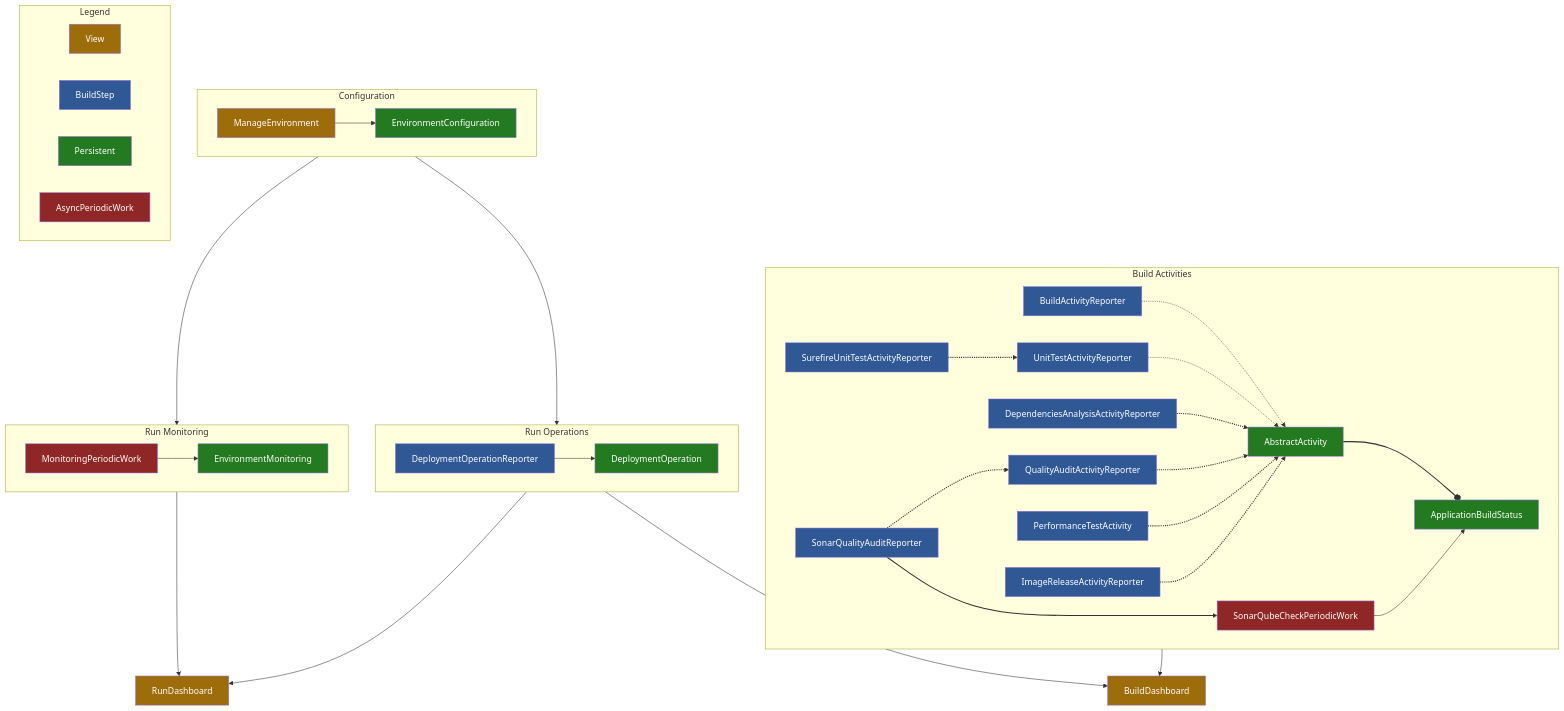
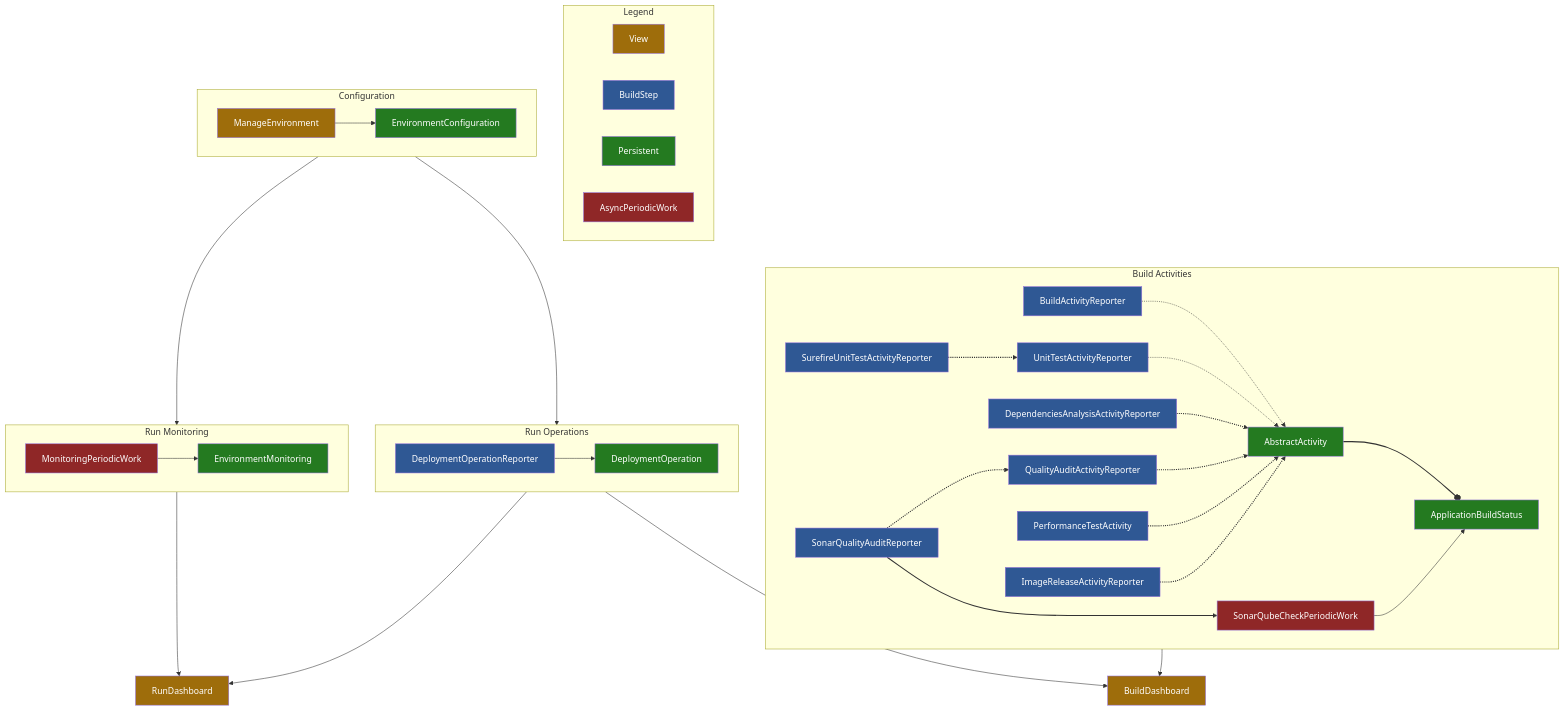
Before and after one commit to jenkinsci/devops-portal-plugin: the diagram in README.md, drawn with Mermaid.

````diff
--- a/README.md
+++ b/README.md
@@ -378,53 +378,55 @@
 ```mermaid
 flowchart TD
 
+    subgraph Legend
+    View:::view
+    BuildStep:::reporter
+    Persistent:::entity
+    AsyncPeriodicWork:::worker
+    end
+    
     subgraph Configuration
     ManageEnvironment:::view --> EnvironmentConfiguration:::entity
     end
     
 
     
     subgraph BuildActivities[Build Activities]
     BuildActivityReporter:::reporter -.-> AbstractActivity:::entity
     UnitTestActivityReporter:::reporter -.-> AbstractActivity:::entity
     SurefireUnitTestActivityReporter:::reporter -.-> UnitTestActivityReporter:::reporter
     DependenciesAnalysisActivityReporter:::reporter -.-> AbstractActivity:::entity
     QualityAuditActivityReporter:::reporter -.-> AbstractActivity:::entity
     SonarQualityAuditReporter:::reporter -.-> QualityAuditActivityReporter:::reporter
     PerformanceTestActivity:::reporter -.-> AbstractActivity:::entity
     ImageReleaseActivityReporter:::reporter -.-> AbstractActivity:::entity
     AbstractActivity:::entity --o ApplicationBuildStatus:::entity
     SonarQualityAuditReporter:::reporter --> SonarQubeCheckPeriodicWork:::worker
     SonarQubeCheckPeriodicWork:::worker --> ApplicationBuildStatus:::entity
     end
 
 
     
     subgraph RunOperations[Run Operations]
     DeploymentOperationReporter:::reporter --> DeploymentOperation:::entity
     end
     
     subgraph RunMonitoring[Run Monitoring]
     MonitoringPeriodicWork:::worker --> EnvironmentMonitoring:::entity
     end
    
-    subgraph Legend
-    View:::view
-    BuildStep:::reporter
-    Persistent:::entity
-    AsyncPeriodicWork:::worker
-    end
+
     
     Configuration --> RunOperations
     Configuration --> RunMonitoring
     RunOperations --> RunDashboard:::view
     RunMonitoring --> RunDashboard:::view
     BuildActivities --> BuildDashboard:::view
     RunOperations --> BuildDashboard:::view
     
     classDef view fill:#9e6d0b,color:#fff
     classDef reporter fill:#2f5894,color:#fff
     classDef entity fill:#247a20,color:#fff
     classDef worker fill:#8f2727,color:#fff
     linkStyle 3,4,5,6,7,8,9,10 stroke-width:2px,fill:none
 ```
````
